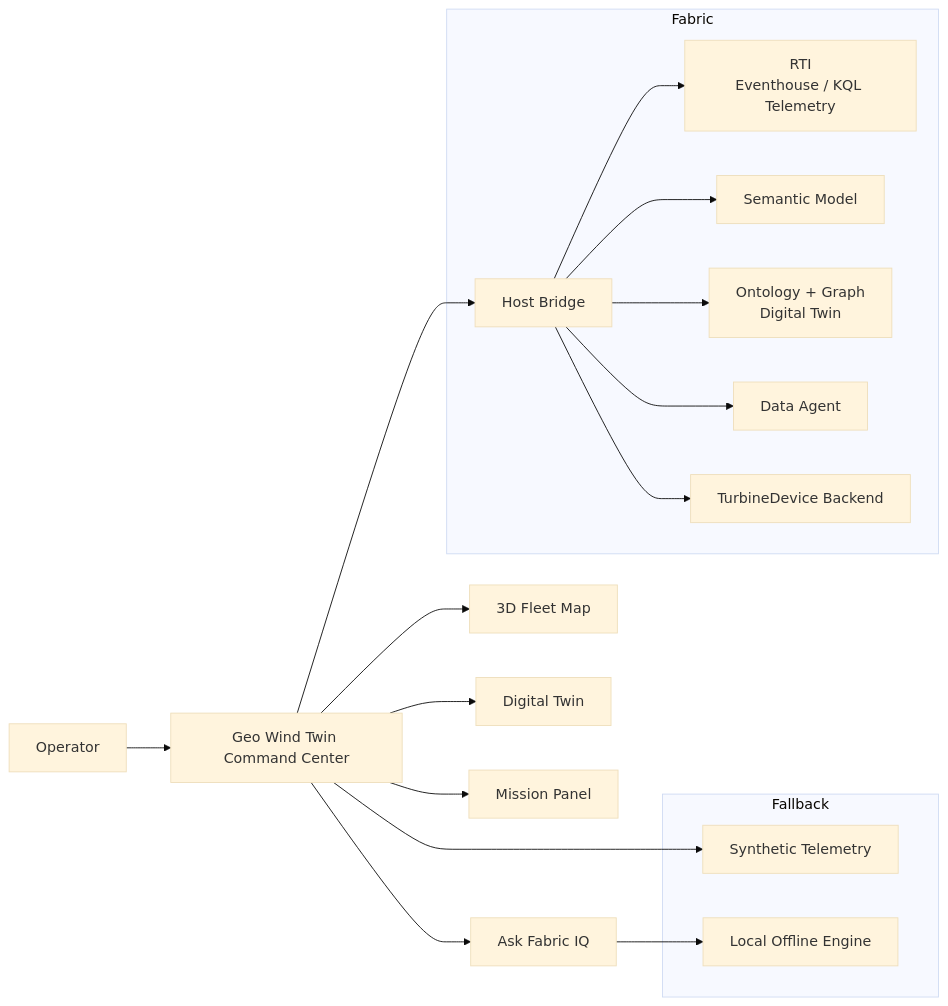
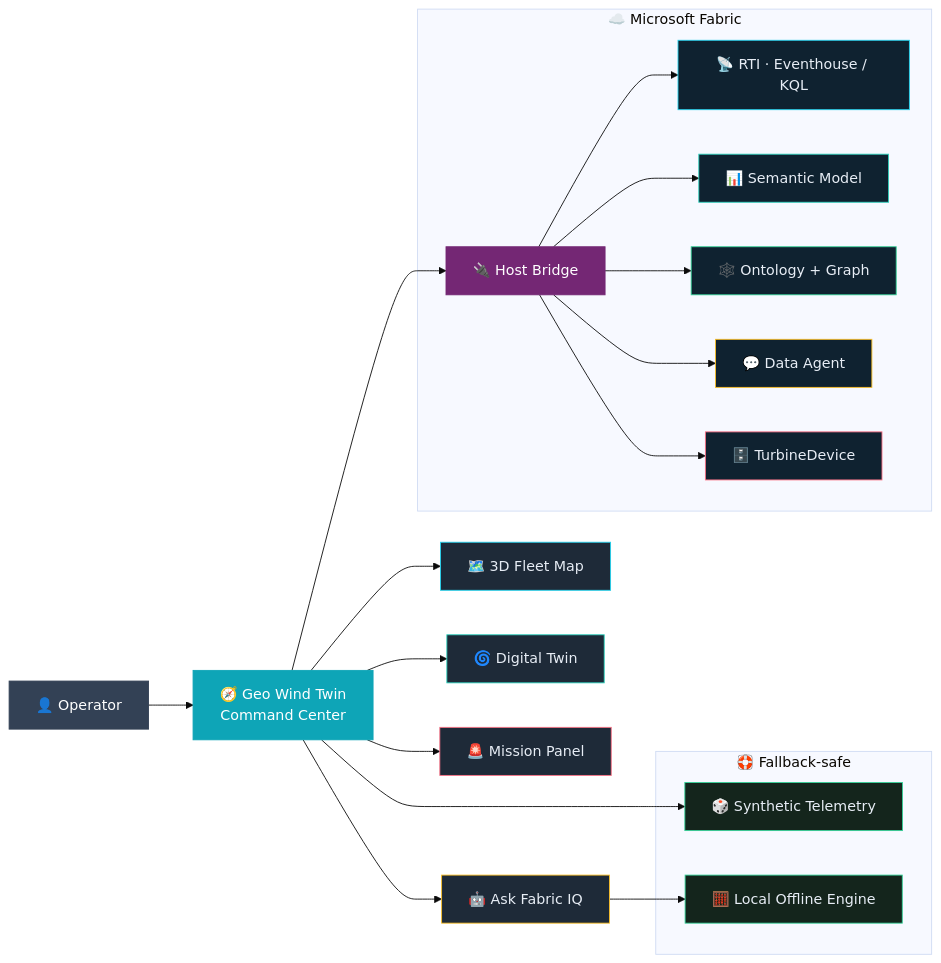
The first of 2 diagrams in apps/wind-turbine-rayfin/README.md (cyphou/Ontology-RTI), drawn with Mermaid (base theme) before and after one commit. The commit also changed other lines of this file, not shown here.

Commit message:
docs(wind): shiny README - info table, feature grid, colorized mermaids, GitHub alerts

````diff
--- a/apps/wind-turbine-rayfin/README.md
+++ b/apps/wind-turbine-rayfin/README.md
@@ -96,32 +146,47 @@
 ```mermaid
 flowchart LR
-      U[Operator] --> A[Geo Wind Twin Command Center]
-      A --> M[3D Fleet Map]
-      A --> T[Digital Twin]
-      A --> P[Mission Panel]
-      A --> Q[Ask Fabric IQ]
+      U["👤 Operator"] --> A["🧭 Geo Wind Twin<br/>Command Center"]
+      A --> M["🗺️ 3D Fleet Map"]
+      A --> T["🌀 Digital Twin"]
+      A --> P["🚨 Mission Panel"]
+      A --> Q["🤖 Ask Fabric IQ"]
 
-      subgraph Fabric
-         H[Host Bridge]
-         R[RTI\nEventhouse / KQL Telemetry]
-         S[Semantic Model]
-         O[Ontology + Graph\nDigital Twin]
-         D[Data Agent]
-         B[TurbineDevice Backend]
+      subgraph Fabric["☁️ Microsoft Fabric"]
+         H["🔌 Host Bridge"]
+         R["📡 RTI · Eventhouse / KQL"]
+         S["📊 Semantic Model"]
+         O["🕸️ Ontology + Graph"]
+         D["💬 Data Agent"]
+         B["🗄️ TurbineDevice"]
       end
 
       A --> H
       H --> R
       H --> S
       H --> O
       H --> D
       H --> B
 
-      subgraph Fallback
-         G[Synthetic Telemetry]
-         L[Local Offline Engine]
+      subgraph Fallback["🛟 Fallback-safe"]
+         G["🎲 Synthetic Telemetry"]
+         L["🧮 Local Offline Engine"]
       end
 
       A --> G
       Q --> L
+
+      style U fill:#334155,color:#fff,stroke:#334155
+      style A fill:#0EA5B7,color:#fff,stroke:#0EA5B7
+      style M fill:#1E2A38,color:#E7EDF5,stroke:#22D3EE
+      style T fill:#1E2A38,color:#E7EDF5,stroke:#2DD4BF
+      style P fill:#1E2A38,color:#E7EDF5,stroke:#FB7185
+      style Q fill:#1E2A38,color:#E7EDF5,stroke:#FBBF24
+      style H fill:#742774,color:#fff,stroke:#742774
+      style R fill:#0f2230,color:#E7EDF5,stroke:#22D3EE
+      style S fill:#0f2230,color:#E7EDF5,stroke:#2DD4BF
+      style O fill:#0f2230,color:#E7EDF5,stroke:#34D399
+      style D fill:#0f2230,color:#E7EDF5,stroke:#FBBF24
+      style B fill:#0f2230,color:#E7EDF5,stroke:#FB7185
+      style G fill:#14251c,color:#E7EDF5,stroke:#34D399
+      style L fill:#14251c,color:#E7EDF5,stroke:#34D399
 ```
````
